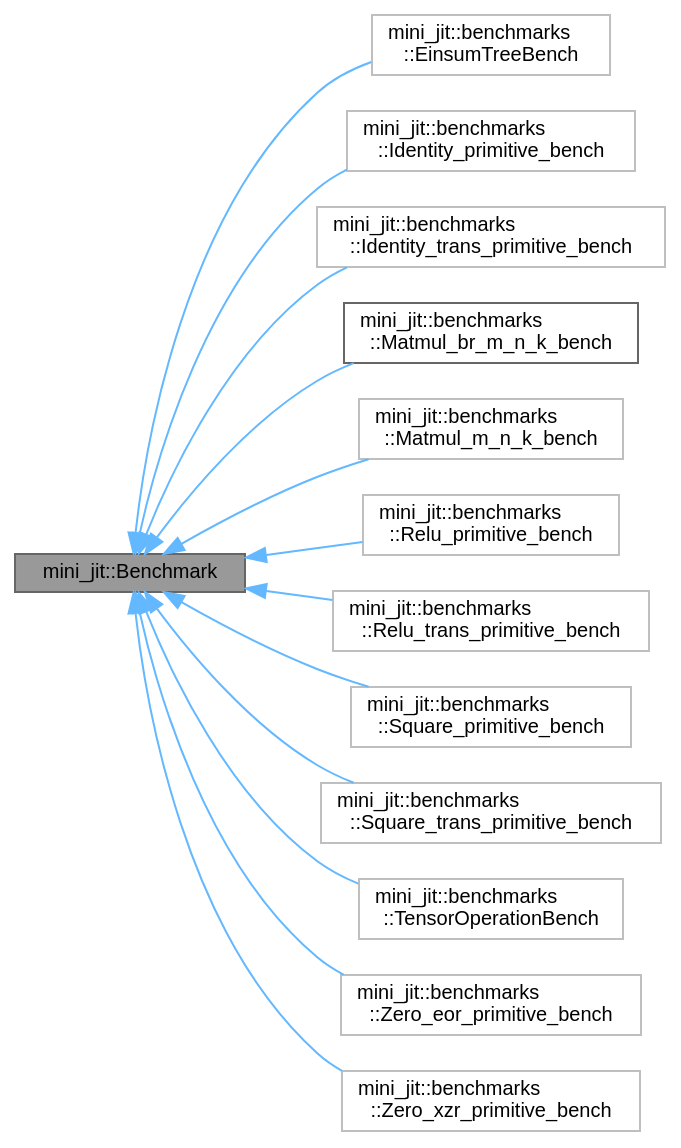
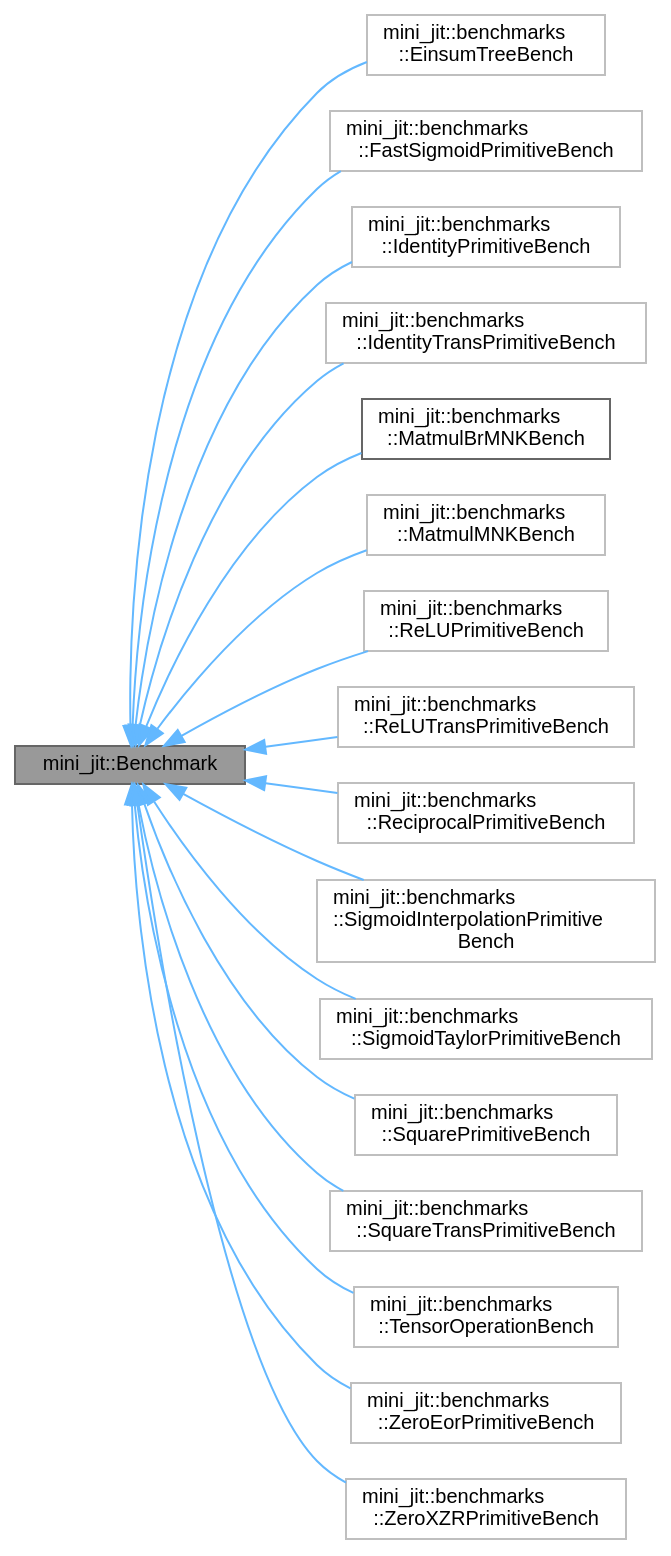
One commit to Shad00Z/machine-learning-compilers changed the diagram in classmini__jit_1_1Benchmark__inherit__graph.dot. Above: the diagram before and after it, drawn with Graphviz. The commit also changed 239 other files, not shown here.

```diff
--- a/classmini__jit_1_1Benchmark__inherit__graph.dot
+++ b/classmini__jit_1_1Benchmark__inherit__graph.dot
@@ -1,33 +1,41 @@
 digraph "mini_jit::Benchmark"
 {
  // LATEX_PDF_SIZE
   bgcolor="transparent";
   edge [fontname=Helvetica,fontsize=10,labelfontname=Helvetica,labelfontsize=10];
   node [fontname=Helvetica,fontsize=10,shape=box,height=0.2,width=0.4];
   rankdir="LR";
   Node1 [id="Node000001",label="mini_jit::Benchmark",height=0.2,width=0.4,color="gray40", fillcolor="grey60", style="filled", fontcolor="black",tooltip=" "];
   Node1 -> Node2 [id="edge1_Node000001_Node000002",dir="back",color="steelblue1",style="solid",tooltip=" "];
   Node2 [id="Node000002",label="mini_jit::benchmarks\l::EinsumTreeBench",height=0.2,width=0.4,color="grey75", fillcolor="white", style="filled",URL="$classmini__jit_1_1benchmarks_1_1EinsumTreeBench.html",tooltip=" "];
   Node1 -> Node3 [id="edge2_Node000001_Node000003",dir="back",color="steelblue1",style="solid",tooltip=" "];
-  Node3 [id="Node000003",label="mini_jit::benchmarks\l::Identity_primitive_bench",height=0.2,width=0.4,color="grey75", fillcolor="white", style="filled",URL="$classmini__jit_1_1benchmarks_1_1Identity__primitive__bench.html",tooltip=" "];
+  Node3 [id="Node000003",label="mini_jit::benchmarks\l::FastSigmoidPrimitiveBench",height=0.2,width=0.4,color="grey75", fillcolor="white", style="filled",URL="$classmini__jit_1_1benchmarks_1_1FastSigmoidPrimitiveBench.html",tooltip=" "];
   Node1 -> Node4 [id="edge3_Node000001_Node000004",dir="back",color="steelblue1",style="solid",tooltip=" "];
-  Node4 [id="Node000004",label="mini_jit::benchmarks\l::Identity_trans_primitive_bench",height=0.2,width=0.4,color="grey75", fillcolor="white", style="filled",URL="$classmini__jit_1_1benchmarks_1_1Identity__trans__primitive__bench.html",tooltip=" "];
+  Node4 [id="Node000004",label="mini_jit::benchmarks\l::IdentityPrimitiveBench",height=0.2,width=0.4,color="grey75", fillcolor="white", style="filled",URL="$classmini__jit_1_1benchmarks_1_1IdentityPrimitiveBench.html",tooltip=" "];
   Node1 -> Node5 [id="edge4_Node000001_Node000005",dir="back",color="steelblue1",style="solid",tooltip=" "];
-  Node5 [id="Node000005",label="mini_jit::benchmarks\l::Matmul_br_m_n_k_bench",height=0.2,width=0.4,color="gray40", fillcolor="white", style="filled",URL="$classmini__jit_1_1benchmarks_1_1Matmul__br__m__n__k__bench.html",tooltip="Benchmark for matrix multiplication using BRGEMM."];
+  Node5 [id="Node000005",label="mini_jit::benchmarks\l::IdentityTransPrimitiveBench",height=0.2,width=0.4,color="grey75", fillcolor="white", style="filled",URL="$classmini__jit_1_1benchmarks_1_1IdentityTransPrimitiveBench.html",tooltip=" "];
   Node1 -> Node6 [id="edge5_Node000001_Node000006",dir="back",color="steelblue1",style="solid",tooltip=" "];
-  Node6 [id="Node000006",label="mini_jit::benchmarks\l::Matmul_m_n_k_bench",height=0.2,width=0.4,color="grey75", fillcolor="white", style="filled",URL="$classmini__jit_1_1benchmarks_1_1Matmul__m__n__k__bench.html",tooltip=" "];
+  Node6 [id="Node000006",label="mini_jit::benchmarks\l::MatmulBrMNKBench",height=0.2,width=0.4,color="gray40", fillcolor="white", style="filled",URL="$classmini__jit_1_1benchmarks_1_1MatmulBrMNKBench.html",tooltip="Benchmark for matrix multiplication using BRGEMM."];
   Node1 -> Node7 [id="edge6_Node000001_Node000007",dir="back",color="steelblue1",style="solid",tooltip=" "];
-  Node7 [id="Node000007",label="mini_jit::benchmarks\l::Relu_primitive_bench",height=0.2,width=0.4,color="grey75", fillcolor="white", style="filled",URL="$classmini__jit_1_1benchmarks_1_1Relu__primitive__bench.html",tooltip=" "];
+  Node7 [id="Node000007",label="mini_jit::benchmarks\l::MatmulMNKBench",height=0.2,width=0.4,color="grey75", fillcolor="white", style="filled",URL="$classmini__jit_1_1benchmarks_1_1MatmulMNKBench.html",tooltip=" "];
   Node1 -> Node8 [id="edge7_Node000001_Node000008",dir="back",color="steelblue1",style="solid",tooltip=" "];
-  Node8 [id="Node000008",label="mini_jit::benchmarks\l::Relu_trans_primitive_bench",height=0.2,width=0.4,color="grey75", fillcolor="white", style="filled",URL="$classmini__jit_1_1benchmarks_1_1Relu__trans__primitive__bench.html",tooltip=" "];
+  Node8 [id="Node000008",label="mini_jit::benchmarks\l::ReLUPrimitiveBench",height=0.2,width=0.4,color="grey75", fillcolor="white", style="filled",URL="$classmini__jit_1_1benchmarks_1_1ReLUPrimitiveBench.html",tooltip=" "];
   Node1 -> Node9 [id="edge8_Node000001_Node000009",dir="back",color="steelblue1",style="solid",tooltip=" "];
-  Node9 [id="Node000009",label="mini_jit::benchmarks\l::Square_primitive_bench",height=0.2,width=0.4,color="grey75", fillcolor="white", style="filled",URL="$classmini__jit_1_1benchmarks_1_1Square__primitive__bench.html",tooltip=" "];
+  Node9 [id="Node000009",label="mini_jit::benchmarks\l::ReLUTransPrimitiveBench",height=0.2,width=0.4,color="grey75", fillcolor="white", style="filled",URL="$classmini__jit_1_1benchmarks_1_1ReLUTransPrimitiveBench.html",tooltip=" "];
   Node1 -> Node10 [id="edge9_Node000001_Node000010",dir="back",color="steelblue1",style="solid",tooltip=" "];
-  Node10 [id="Node000010",label="mini_jit::benchmarks\l::Square_trans_primitive_bench",height=0.2,width=0.4,color="grey75", fillcolor="white", style="filled",URL="$classmini__jit_1_1benchmarks_1_1Square__trans__primitive__bench.html",tooltip=" "];
+  Node10 [id="Node000010",label="mini_jit::benchmarks\l::ReciprocalPrimitiveBench",height=0.2,width=0.4,color="grey75", fillcolor="white", style="filled",URL="$classmini__jit_1_1benchmarks_1_1ReciprocalPrimitiveBench.html",tooltip=" "];
   Node1 -> Node11 [id="edge10_Node000001_Node000011",dir="back",color="steelblue1",style="solid",tooltip=" "];
-  Node11 [id="Node000011",label="mini_jit::benchmarks\l::TensorOperationBench",height=0.2,width=0.4,color="grey75", fillcolor="white", style="filled",URL="$classmini__jit_1_1benchmarks_1_1TensorOperationBench.html",tooltip=" "];
+  Node11 [id="Node000011",label="mini_jit::benchmarks\l::SigmoidInterpolationPrimitive\lBench",height=0.2,width=0.4,color="grey75", fillcolor="white", style="filled",URL="$classmini__jit_1_1benchmarks_1_1SigmoidInterpolationPrimitiveBench.html",tooltip=" "];
   Node1 -> Node12 [id="edge11_Node000001_Node000012",dir="back",color="steelblue1",style="solid",tooltip=" "];
-  Node12 [id="Node000012",label="mini_jit::benchmarks\l::Zero_eor_primitive_bench",height=0.2,width=0.4,color="grey75", fillcolor="white", style="filled",URL="$classmini__jit_1_1benchmarks_1_1Zero__eor__primitive__bench.html",tooltip=" "];
+  Node12 [id="Node000012",label="mini_jit::benchmarks\l::SigmoidTaylorPrimitiveBench",height=0.2,width=0.4,color="grey75", fillcolor="white", style="filled",URL="$classmini__jit_1_1benchmarks_1_1SigmoidTaylorPrimitiveBench.html",tooltip=" "];
   Node1 -> Node13 [id="edge12_Node000001_Node000013",dir="back",color="steelblue1",style="solid",tooltip=" "];
-  Node13 [id="Node000013",label="mini_jit::benchmarks\l::Zero_xzr_primitive_bench",height=0.2,width=0.4,color="grey75", fillcolor="white", style="filled",URL="$classmini__jit_1_1benchmarks_1_1Zero__xzr__primitive__bench.html",tooltip=" "];
+  Node13 [id="Node000013",label="mini_jit::benchmarks\l::SquarePrimitiveBench",height=0.2,width=0.4,color="grey75", fillcolor="white", style="filled",URL="$classmini__jit_1_1benchmarks_1_1SquarePrimitiveBench.html",tooltip=" "];
+  Node1 -> Node14 [id="edge13_Node000001_Node000014",dir="back",color="steelblue1",style="solid",tooltip=" "];
+  Node14 [id="Node000014",label="mini_jit::benchmarks\l::SquareTransPrimitiveBench",height=0.2,width=0.4,color="grey75", fillcolor="white", style="filled",URL="$classmini__jit_1_1benchmarks_1_1SquareTransPrimitiveBench.html",tooltip=" "];
+  Node1 -> Node15 [id="edge14_Node000001_Node000015",dir="back",color="steelblue1",style="solid",tooltip=" "];
+  Node15 [id="Node000015",label="mini_jit::benchmarks\l::TensorOperationBench",height=0.2,width=0.4,color="grey75", fillcolor="white", style="filled",URL="$classmini__jit_1_1benchmarks_1_1TensorOperationBench.html",tooltip=" "];
+  Node1 -> Node16 [id="edge15_Node000001_Node000016",dir="back",color="steelblue1",style="solid",tooltip=" "];
+  Node16 [id="Node000016",label="mini_jit::benchmarks\l::ZeroEorPrimitiveBench",height=0.2,width=0.4,color="grey75", fillcolor="white", style="filled",URL="$classmini__jit_1_1benchmarks_1_1ZeroEorPrimitiveBench.html",tooltip=" "];
+  Node1 -> Node17 [id="edge16_Node000001_Node000017",dir="back",color="steelblue1",style="solid",tooltip=" "];
+  Node17 [id="Node000017",label="mini_jit::benchmarks\l::ZeroXZRPrimitiveBench",height=0.2,width=0.4,color="grey75", fillcolor="white", style="filled",URL="$classmini__jit_1_1benchmarks_1_1ZeroXZRPrimitiveBench.html",tooltip=" "];
 }
```
